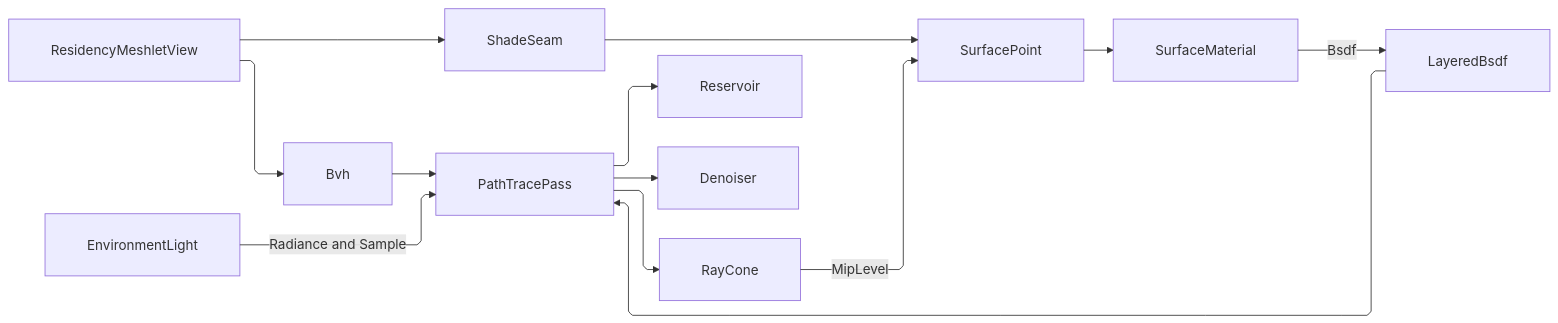
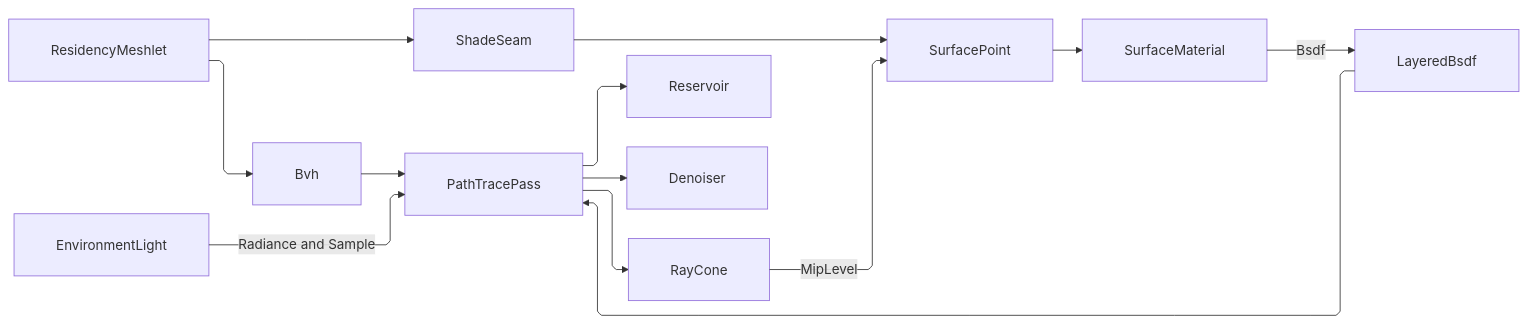
Before and after one commit to bsamiee/Rasm: the diagram in libs/csharp/Rasm.AppUi/.planning/Render/pathtrace.md, drawn with Mermaid. The commit also changed other lines of this file and 820 other files, not shown here.

````diff
--- a/libs/csharp/Rasm.AppUi/.planning/Render/pathtrace.md
+++ b/libs/csharp/Rasm.AppUi/.planning/Render/pathtrace.md
@@ -997,24 +997,24 @@
 ```mermaid
 ---
 config:
   layout: elk
   flowchart:
     curve: linear
     padding: 25
 ---
 flowchart LR
     accTitle: Path tracing material and environment flow
     accDescr: Meshlet bounds build the BVH, the surface seam and the ray cone key one Materials query, and the dome answers by direction.
-    ResidencyMeshletView --> Bvh
-    ResidencyMeshletView --> ShadeSeam
+    ResidencyMeshlet --> Bvh
+    ResidencyMeshlet --> ShadeSeam
     Bvh --> PathTracePass
     PathTracePass --> Reservoir
     PathTracePass --> Denoiser
     PathTracePass --> RayCone
     ShadeSeam --> SurfacePoint
     RayCone -->|MipLevel| SurfacePoint
     SurfacePoint --> SurfaceMaterial
     SurfaceMaterial -->|Bsdf| LayeredBsdf
     LayeredBsdf --> PathTracePass
     EnvironmentLight -->|Radiance and Sample| PathTracePass
 ```
````
